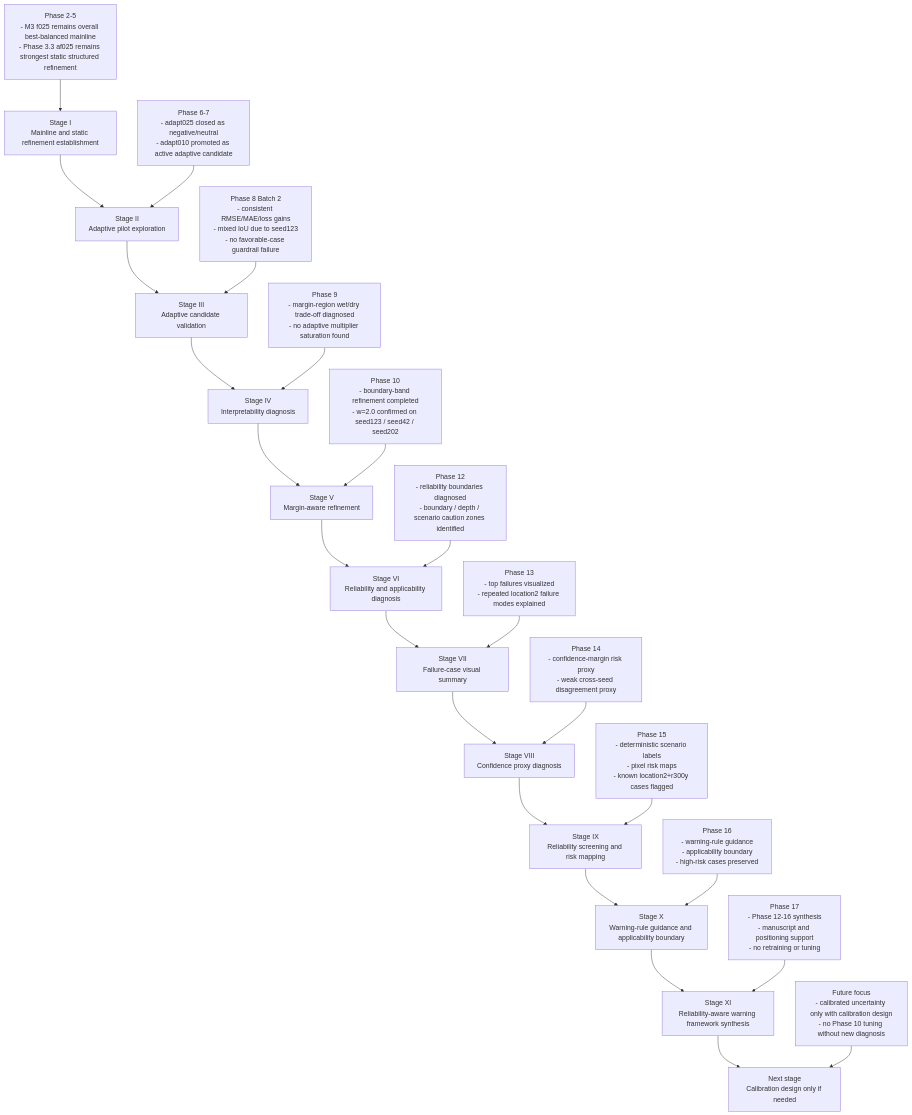
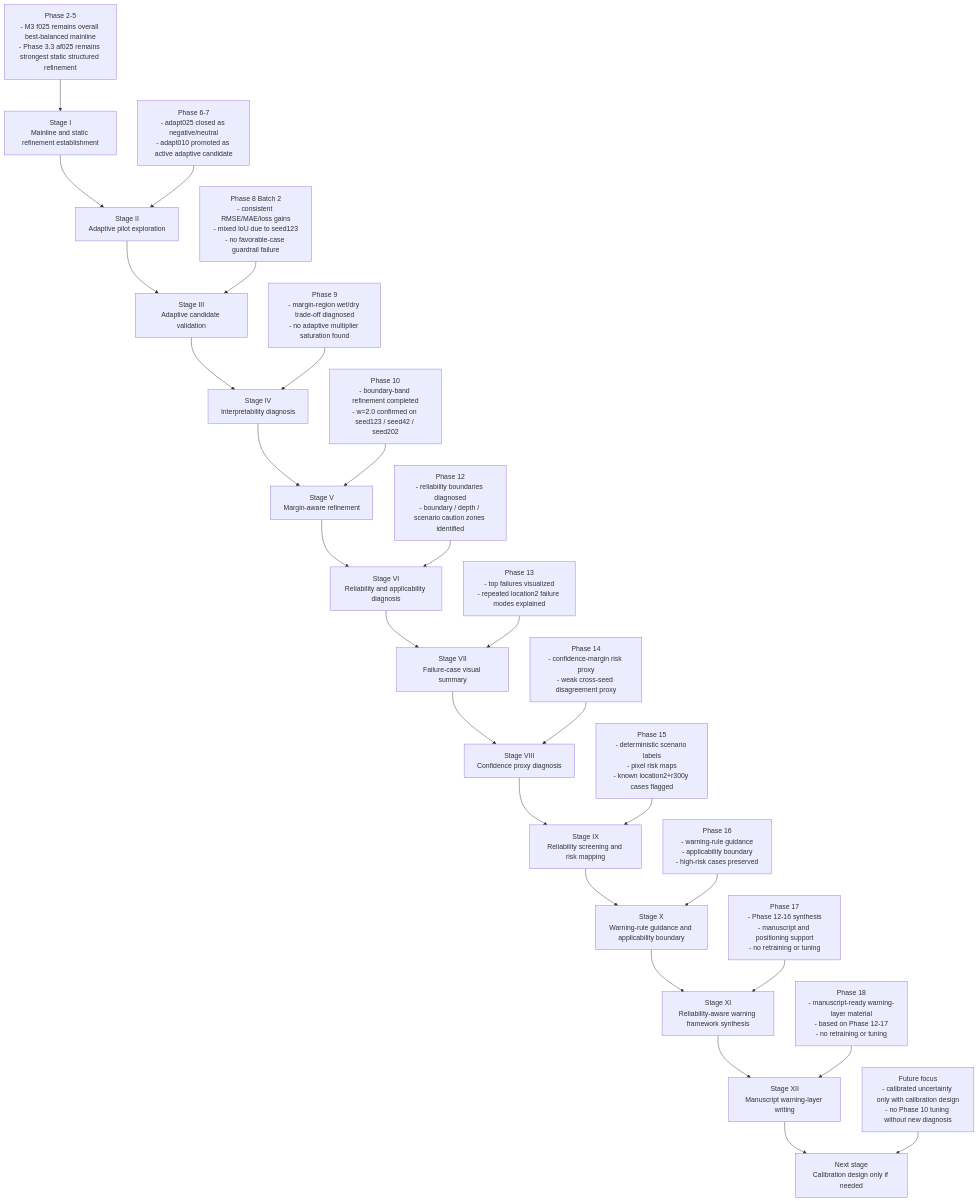
One commit to HolyLin990604/physics-guided-urban-flood-prediction changed the third of 3 diagrams in README.md. Above: the diagram before and after it, drawn with Mermaid. The commit also changed other lines of this file and 2 other files, not shown here.

Commit message:
docs: sync phase18 manuscript reliability warning layer

````diff
--- a/README.md
+++ b/README.md
@@ -315,27 +323,29 @@
 ```mermaid
 flowchart TD
     A[Stage I<br/>Mainline and static refinement establishment] --> B[Stage II<br/>Adaptive pilot exploration]
     B --> C[Stage III<br/>Adaptive candidate validation]
     C --> D[Stage IV<br/>Interpretability diagnosis]
     D --> E[Stage V<br/>Margin-aware refinement]
     E --> F[Stage VI<br/>Reliability and applicability diagnosis]
     F --> G[Stage VII<br/>Failure-case visual summary]
     G --> H[Stage VIII<br/>Confidence proxy diagnosis]
     H --> I[Stage IX<br/>Reliability screening and risk mapping]
     I --> J[Stage X<br/>Warning-rule guidance and applicability boundary]
     J --> K[Stage XI<br/>Reliability-aware warning framework synthesis]
-    K --> L[Next stage<br/>Calibration design only if needed]
+    K --> L[Stage XII<br/>Manuscript warning-layer writing]
+    L --> M[Next stage<br/>Calibration design only if needed]
 
     A1[Phase 2-5<br/>- M3 f025 remains overall best-balanced mainline<br/>- Phase 3.3 af025 remains strongest static structured refinement] --> A
     B1[Phase 6-7<br/>- adapt025 closed as negative/neutral<br/>- adapt010 promoted as active adaptive candidate] --> B
     C1[Phase 8 Batch 2<br/>- consistent RMSE/MAE/loss gains<br/>- mixed IoU due to seed123<br/>- no favorable-case guardrail failure] --> C
     D1[Phase 9<br/>- margin-region wet/dry trade-off diagnosed<br/>- no adaptive multiplier saturation found] --> D
     E1[Phase 10<br/>- boundary-band refinement completed<br/>- w=2.0 confirmed on seed123 / seed42 / seed202] --> E
     F1[Phase 12<br/>- reliability boundaries diagnosed<br/>- boundary / depth / scenario caution zones identified] --> F
     G1[Phase 13<br/>- top failures visualized<br/>- repeated location2 failure modes explained] --> G
     H1[Phase 14<br/>- confidence-margin risk proxy<br/>- weak cross-seed disagreement proxy] --> H
     I1[Phase 15<br/>- deterministic scenario labels<br/>- pixel risk maps<br/>- known location2+r300y cases flagged] --> I
     J1[Phase 16<br/>- warning-rule guidance<br/>- applicability boundary<br/>- high-risk cases preserved] --> J
     K1[Phase 17<br/>- Phase 12-16 synthesis<br/>- manuscript and positioning support<br/>- no retraining or tuning] --> K
-    L1[Future focus<br/>- calibrated uncertainty only with calibration design<br/>- no Phase 10 tuning without new diagnosis] --> L
+    L1[Phase 18<br/>- manuscript-ready warning-layer material<br/>- based on Phase 12-17<br/>- no retraining or tuning] --> L
+    M1[Future focus<br/>- calibrated uncertainty only with calibration design<br/>- no Phase 10 tuning without new diagnosis] --> M
 ```
````
